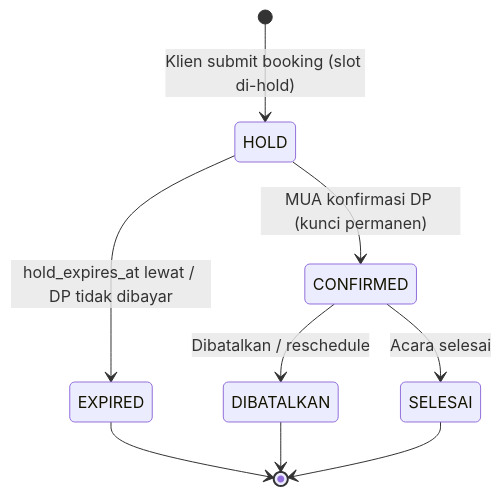
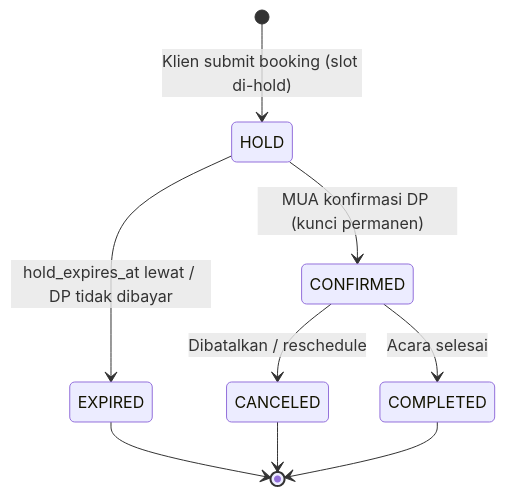
One commit to Marchelinoraco/mua changed the diagram in docs/features/F05-kalender-anti-bentrok.md. Above: the diagram before and after it, drawn with Mermaid. The commit also changed other lines of this file and 339 other files, not shown here.

````diff
--- a/docs/features/F05-kalender-anti-bentrok.md
+++ b/docs/features/F05-kalender-anti-bentrok.md
@@ -32,11 +32,11 @@
 ```mermaid
 stateDiagram-v2
   [*] --> HOLD: Klien submit booking (slot di-hold)
   HOLD --> CONFIRMED: MUA konfirmasi DP (kunci permanen)
   HOLD --> EXPIRED: hold_expires_at lewat / DP tidak dibayar
-  CONFIRMED --> SELESAI: Acara selesai
-  CONFIRMED --> DIBATALKAN: Dibatalkan / reschedule
+  CONFIRMED --> COMPLETED: Acara selesai
+  CONFIRMED --> CANCELED: Dibatalkan / reschedule
   EXPIRED --> [*]
-  DIBATALKAN --> [*]
-  SELESAI --> [*]
+  CANCELED --> [*]
+  COMPLETED --> [*]
 ```
````
